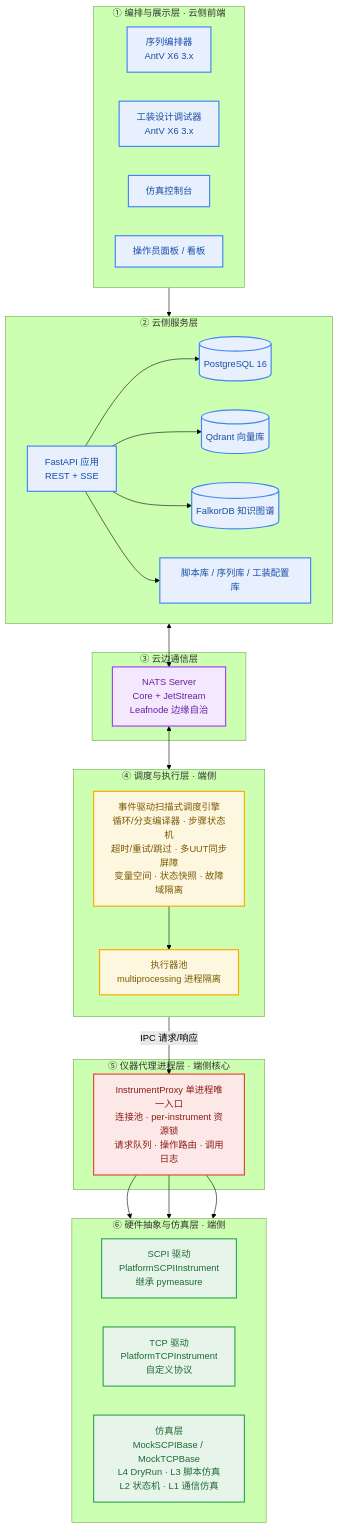
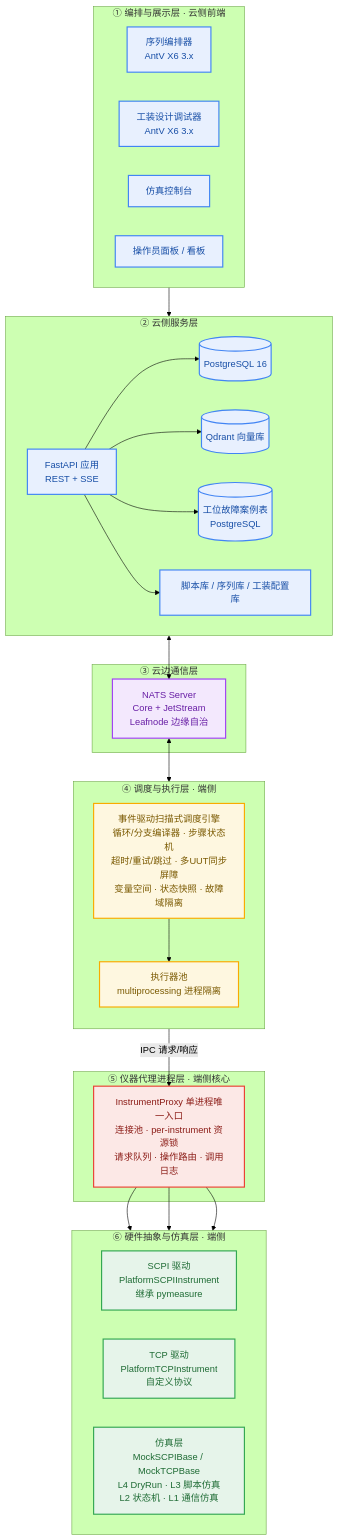
One commit to chenjun420/ATEStudio changed the third of 14 diagrams in docs/ATE Studio系统方案与详细设计文档.md. Above: the diagram before and after it, drawn with Mermaid (forest theme). The commit also changed other lines of this file and 95 other files, not shown here.

````diff
--- a/docs/ATE Studio系统方案与详细设计文档.md
+++ b/docs/ATE Studio系统方案与详细设计文档.md
@@ -204,54 +224,54 @@
 ```mermaid
 flowchart TB
     classDef cloud fill:#E8F0FE,stroke:#4285F4,stroke-width:2px,color:#174EA6
     classDef comm fill:#F3E8FD,stroke:#A142F4,stroke-width:2px,color:#681EA5
     classDef edge fill:#FEF7E0,stroke:#F9AB00,stroke-width:2px,color:#7A5900
     classDef proxy fill:#FCE8E6,stroke:#EA4335,stroke-width:2px,color:#8C1D18
     classDef hal fill:#E6F4EA,stroke:#34A853,stroke-width:2px,color:#1E6B34
 
     subgraph L1[① 编排与展示层 · 云侧前端]
         direction LR
         F1[序列编排器<br/>AntV X6 3.x]:::cloud
         F2[工装设计调试器<br/>AntV X6 3.x]:::cloud
         F3[仿真控制台]:::cloud
         F4[操作员面板 / 看板]:::cloud
     end
 
     subgraph L2[② 云侧服务层]
         direction LR
         S1[FastAPI 应用<br/>REST + SSE]:::cloud
         S2[(PostgreSQL 16)]:::cloud
         S3[(Qdrant 向量库)]:::cloud
-        S4[(FalkorDB 知识图谱)]:::cloud
+        S4[(工位故障案例表<br/>PostgreSQL)]:::cloud
         S5[脚本库 / 序列库 / 工装配置库]:::cloud
     end
 
     subgraph L3[③ 云边通信层]
         N1[NATS Server<br/>Core + JetStream<br/>Leafnode 边缘自治]:::comm
     end
 
     subgraph L4[④ 调度与执行层 · 端侧]
         direction TB
         SC[事件驱动扫描式调度引擎<br/>循环/分支编译器 · 步骤状态机<br/>超时/重试/跳过 · 多UUT同步屏障<br/>变量空间 · 状态快照 · 故障域隔离]:::edge
         EX[执行器池<br/>multiprocessing 进程隔离]:::edge
         SC --> EX
     end
 
     subgraph L5[⑤ 仪器代理进程层 · 端侧核心]
         PR[InstrumentProxy 单进程唯一入口<br/>连接池 · per-instrument 资源锁<br/>请求队列 · 操作路由 · 调用日志]:::proxy
     end
 
     subgraph L6[⑥ 硬件抽象与仿真层 · 端侧]
         direction LR
         DRV1[SCPI 驱动<br/>PlatformSCPIInstrument<br/>继承 pymeasure]:::hal
         DRV2[TCP 驱动<br/>PlatformTCPInstrument<br/>自定义协议]:::hal
         SIM[仿真层<br/>MockSCPIBase / MockTCPBase<br/>L4 DryRun · L3 脚本仿真<br/>L2 状态机 · L1 通信仿真]:::hal
     end
 
     L1 --> S1
     S1 --> S2 & S3 & S4 & S5
     S1 <--> N1
     N1 <--> SC
     EX -->|IPC 请求/响应| PR
     PR --> DRV1 & DRV2 & SIM
 ```
````
